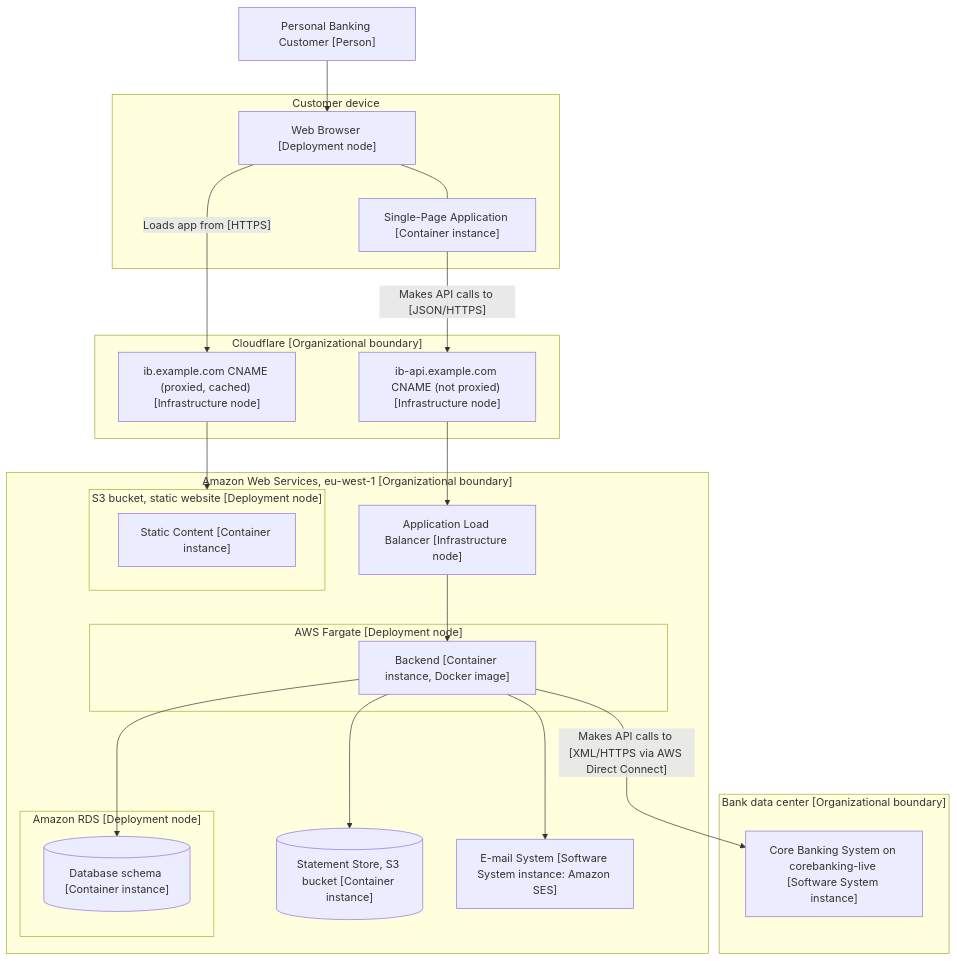
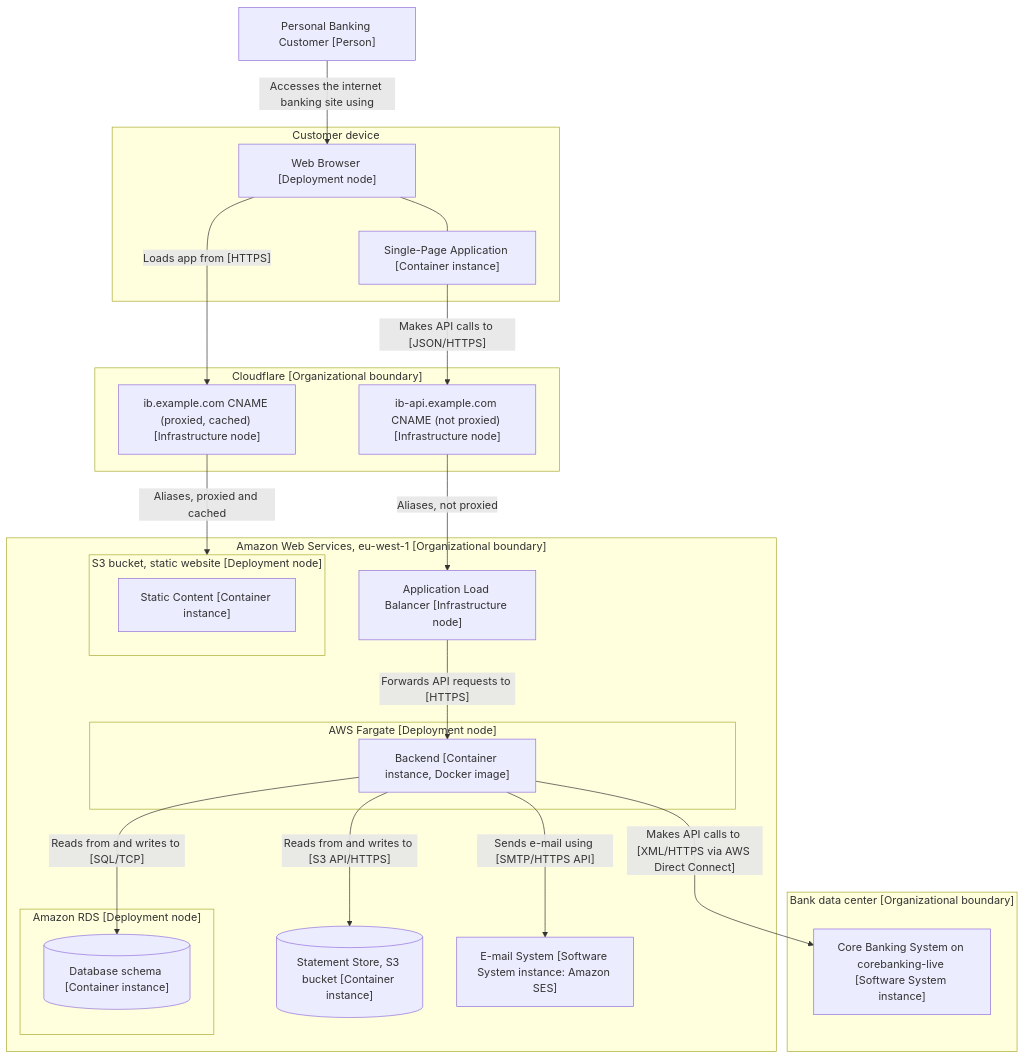
Before and after one commit to christophacham/minimal-skills: the ninth of 10 diagrams in skills/c4-model/references/worked-example.md, drawn with Mermaid. The commit also changed other lines of this file, not shown here.

First line of the commit message:
fix(c4-model): label all arrows in worked example diagrams

````diff
--- a/skills/c4-model/references/worked-example.md
+++ b/skills/c4-model/references/worked-example.md
@@ -214,40 +214,40 @@
 ```mermaid
 flowchart TB
   Cust["Personal Banking Customer [Person]"]
   subgraph CF["Cloudflare [Organizational boundary]"]
     DNS1["ib.example.com CNAME (proxied, cached) [Infrastructure node]"]
     DNS2["ib-api.example.com CNAME (not proxied) [Infrastructure node]"]
   end
   subgraph Internet["Customer device"]
     Browser["Web Browser [Deployment node]"]
     UI["Single-Page Application [Container instance]"]
     Browser --- UI
   end
   subgraph AWS["Amazon Web Services, eu-west-1 [Organizational boundary]"]
     subgraph S3Static["S3 bucket, static website [Deployment node]"]
       SC["Static Content [Container instance]"]
     end
     ALB["Application Load Balancer [Infrastructure node]"]
     subgraph Fargate["AWS Fargate [Deployment node]"]
       BE["Backend [Container instance, Docker image]"]
     end
     subgraph RDS["Amazon RDS [Deployment node]"]
       DB[("Database schema [Container instance]")]
     end
     SS[("Statement Store, S3 bucket [Container instance]")]
     SES["E-mail System [Software System instance: Amazon SES]"]
-    ALB --> BE
-    BE --> DB
-    BE --> SS
-    BE --> SES
+    ALB -->|"Forwards API requests to [HTTPS]"| BE
+    BE -->|"Reads from and writes to [SQL/TCP]"| DB
+    BE -->|"Reads from and writes to [S3 API/HTTPS]"| SS
+    BE -->|"Sends e-mail using [SMTP/HTTPS API]"| SES
   end
   subgraph Bank["Bank data center [Organizational boundary]"]
     CBS["Core Banking System on corebanking-live [Software System instance]"]
   end
-  Cust --> Browser
-  DNS1 --> S3Static
+  Cust -->|"Accesses the internet banking site using"| Browser
+  DNS1 -->|"Aliases, proxied and cached"| S3Static
   Browser -->|"Loads app from [HTTPS]"| DNS1
   UI -->|"Makes API calls to [JSON/HTTPS]"| DNS2
-  DNS2 --> ALB
+  DNS2 -->|"Aliases, not proxied"| ALB
   BE -->|"Makes API calls to [XML/HTTPS via AWS Direct Connect]"| CBS
 ```
````
